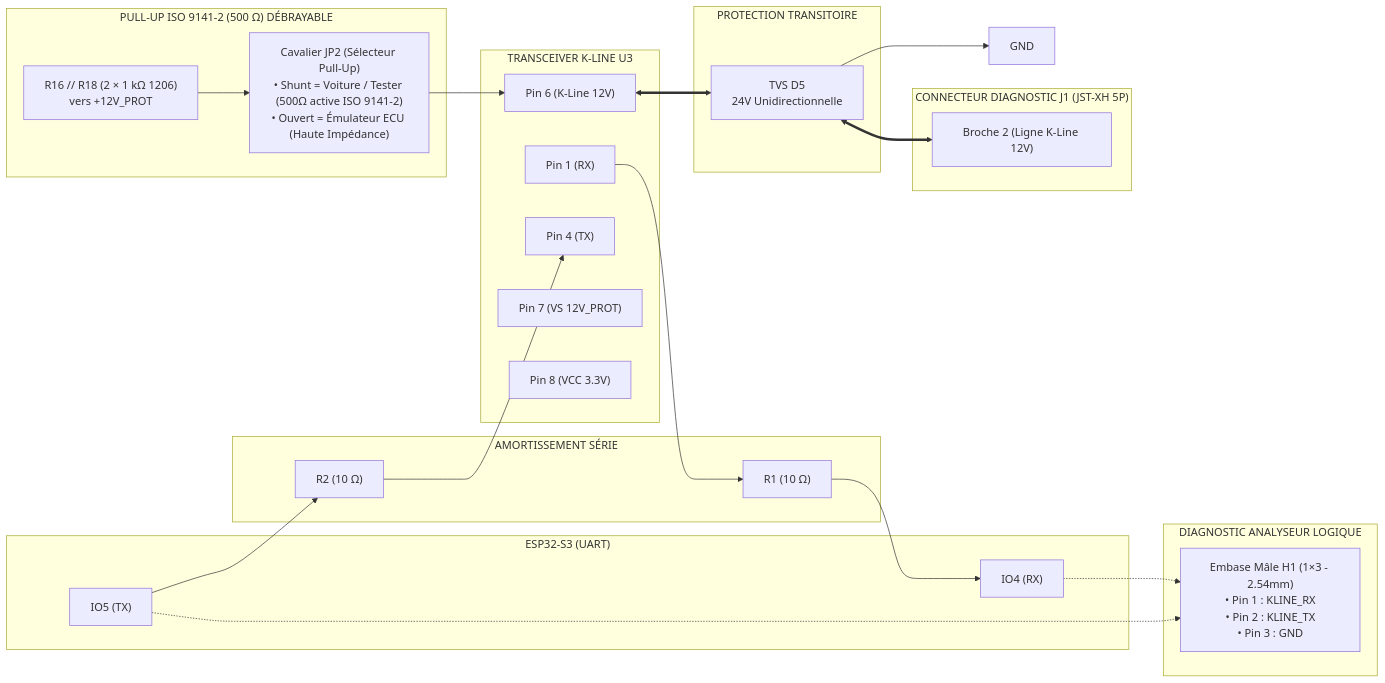
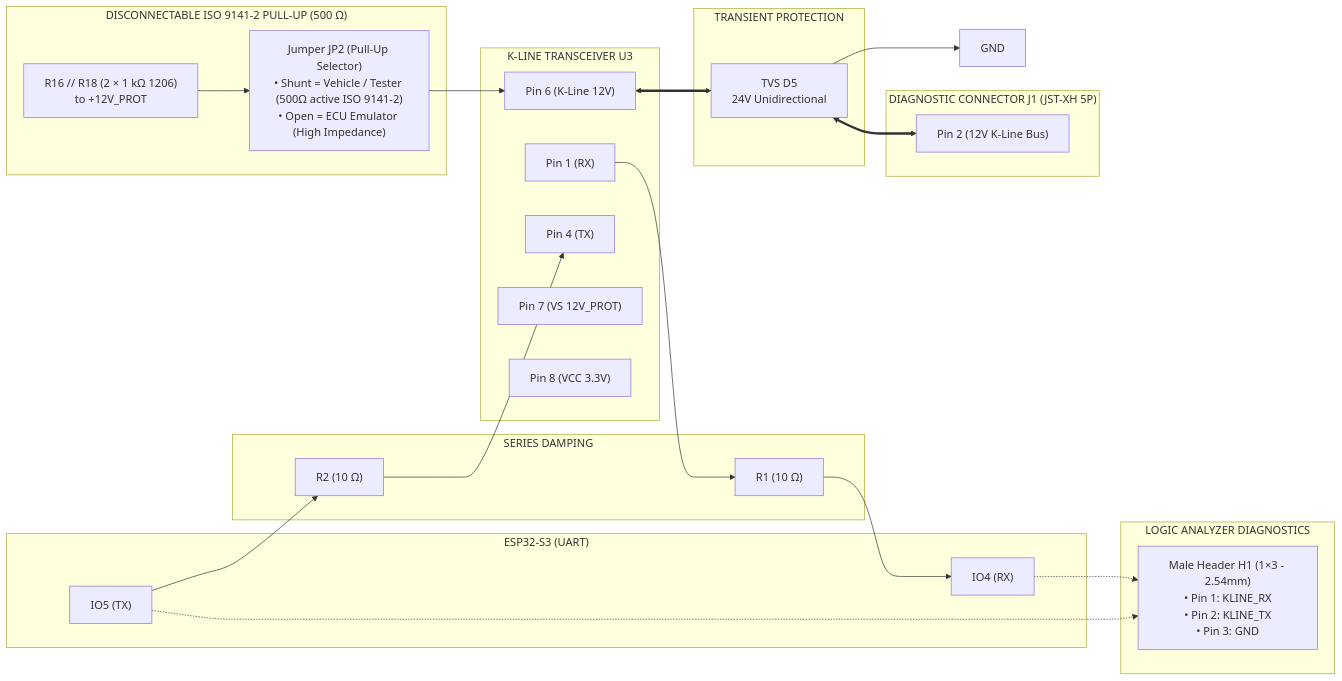
Before and after one commit to nitrogene/OBD2: the seventh of 13 diagrams in documents/hardware.md, drawn with Mermaid. The commit also changed other lines of this file and 20 other files, not shown here.

````diff
--- a/documents/hardware.md
+++ b/documents/hardware.md
@@ -380,57 +427,64 @@
 ```mermaid
 %%{init: {
   'themeVariables': {
     'fontFamily': 'Consolas, "Courier New", monospace',
     'fontSize': '12px'
   },
   'flowchart': {
     'curve': 'stepBefore',
     'nodeSpacing': 20,
     'rankSpacing': 30
   }
 }}%%
 flowchart LR
     subgraph MCU["ESP32-S3 (UART)"]
         MCU_TX["IO5 (TX)"]
         MCU_RX["IO4 (RX)"]
     end
 
-    subgraph DAMPING["AMORTISSEMENT SÉRIE"]
+    subgraph DAMPING["SERIES DAMPING"]
         R2["R2 (10 Ω)"]
         R1["R1 (10 Ω)"]
     end
 
-    subgraph DIAG_K["DIAGNOSTIC ANALYSEUR LOGIQUE"]
-        H1["Embase Mâle H1 (1×3 - 2.54mm)\n• Pin 1 : KLINE_RX\n• Pin 2 : KLINE_TX\n• Pin 3 : GND"]
+    subgraph DIAG_K["LOGIC ANALYZER DIAGNOSTICS"]
+        H1["Male Header H1 (1×3 - 2.54mm)
+• Pin 1: KLINE_RX
+• Pin 2: KLINE_TX
+• Pin 3: GND"]
     end
 
-    subgraph K_IC["TRANSCEIVER K-LINE U3"]
+    subgraph K_IC["K-LINE TRANSCEIVER U3"]
         K_TX["Pin 4 (TX)"]
         K_RX["Pin 1 (RX)"]
         K_PIN["Pin 6 (K-Line 12V)"]
         K_VS["Pin 7 (VS 12V_PROT)"]
         K_VCC["Pin 8 (VCC 3.3V)"]
     end
 
-    subgraph PULLUP["PULL-UP ISO 9141-2 (500 Ω) DÉBRAYABLE"]
-        R16_R18["R16 // R18 (2 × 1 kΩ 1206)\nvers +12V_PROT"]
-        JP2_BOX["Cavalier JP2 (Sélecteur Pull-Up)\n• Shunt = Voiture / Tester (500Ω active ISO 9141-2)\n• Ouvert = Émulateur ECU (Haute Impédance)"]
+    subgraph PULLUP["DISCONNECTABLE ISO 9141-2 PULL-UP (500 Ω)"]
+        R16_R18["R16 // R18 (2 × 1 kΩ 1206)
+to +12V_PROT"]
+        JP2_BOX["Jumper JP2 (Pull-Up Selector)
+• Shunt = Vehicle / Tester (500Ω active ISO 9141-2)
+• Open = ECU Emulator (High Impedance)"]
     end
 
-    subgraph PROT_K["PROTECTION TRANSITOIRE"]
-        D5["TVS D5\n24V Unidirectionnelle"]
+    subgraph PROT_K["TRANSIENT PROTECTION"]
+        D5["TVS D5
+24V Unidirectional"]
     end
 
-    subgraph J1_CONN["CONNECTEUR DIAGNOSTIC J1 (JST-XH 5P)"]
-        PIN2_CONN["Broche 2 (Ligne K-Line 12V)"]
+    subgraph J1_CONN["DIAGNOSTIC CONNECTOR J1 (JST-XH 5P)"]
+        PIN2_CONN["Pin 2 (12V K-Line Bus)"]
     end
 
     MCU_TX --> R2 --> K_TX
     K_RX --> R1 --> MCU_RX
     MCU_RX -.-> H1
     MCU_TX -.-> H1
     R16_R18 --> JP2_BOX --> K_PIN
     K_PIN <==> D5
     D5 --> GND_K["GND"]
     D5 <==> PIN2_CONN
 ```
````
